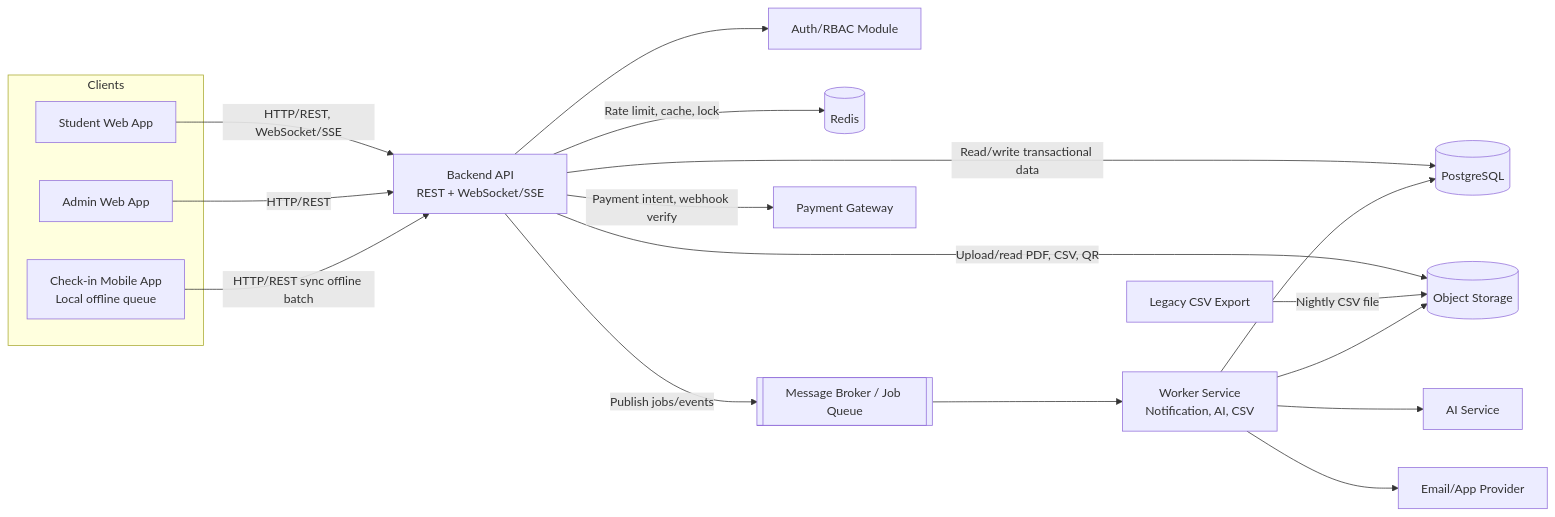
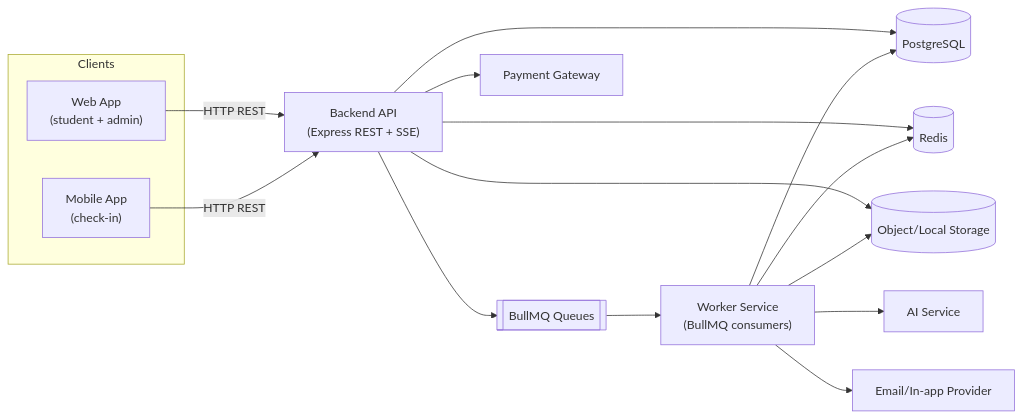
One commit to khoadanwneee/Software-Design changed the second of 3 diagrams in blueprint/design.md. Above: the diagram before and after it, drawn with Mermaid. The commit also changed other lines of this file and 40 other files, not shown here.

````diff
--- a/blueprint/design.md
+++ b/blueprint/design.md
@@ -56,37 +38,34 @@
 ```mermaid
 flowchart LR
   subgraph Clients["Clients"]
-    SW["Student Web App"]
-    AW["Admin Web App"]
-    MW["Check-in Mobile App<br/>Local offline queue"]
+    Web["Web App\n(student + admin)"]
+    Mobile["Mobile App\n(check-in)"]
   end
 
-  API["Backend API<br/>REST + WebSocket/SSE"]
-  Auth["Auth/RBAC Module"]
-  PG[("PostgreSQL")]
-  RD[("Redis")]
-  MQ[["Message Broker / Job Queue"]]
-  WK["Worker Service<br/>Notification, AI, CSV"]
-  OS[("Object Storage")]
+  API["Backend API\n(Express REST + SSE)"]
+  Worker["Worker Service\n(BullMQ consumers)"]
+  DB[("PostgreSQL")]
+  Redis[("Redis")]
+  Queue[["BullMQ Queues"]]
+  Storage[("Object/Local Storage")]
 
-  Payment["Payment Gateway"]
-  AI["AI Service"]
-  CSV["Legacy CSV Export"]
-  Notify["Email/App Provider"]
+  PaymentGateway["Payment Gateway"]
+  AIService["AI Service"]
+  NotifyProvider["Email/In-app Provider"]
 
-  SW -->|"HTTP/REST, WebSocket/SSE"| API
-  AW -->|"HTTP/REST"| API
-  MW -->|"HTTP/REST sync offline batch"| API
-  API --> Auth
-  API -->|"Read/write transactional data"| PG
-  API -->|"Rate limit, cache, lock"| RD
-  API -->|"Publish jobs/events"| MQ
-  API -->|"Upload/read PDF, CSV, QR"| OS
-  API -->|"Payment intent, webhook verify"| Payment
-  CSV -->|"Nightly CSV file"| OS
-  MQ --> WK
-  WK --> PG
-  WK --> OS
-  WK --> AI
-  WK --> Notify
+  Web -->|"HTTP REST"| API
+  Mobile -->|"HTTP REST"| API
+
+  API --> DB
+  API --> Redis
+  API --> Queue
+  API --> Storage
+  API --> PaymentGateway
+
+  Queue --> Worker
+  Worker --> DB
+  Worker --> Redis
+  Worker --> Storage
+  Worker --> AIService
+  Worker --> NotifyProvider
 ```
````
